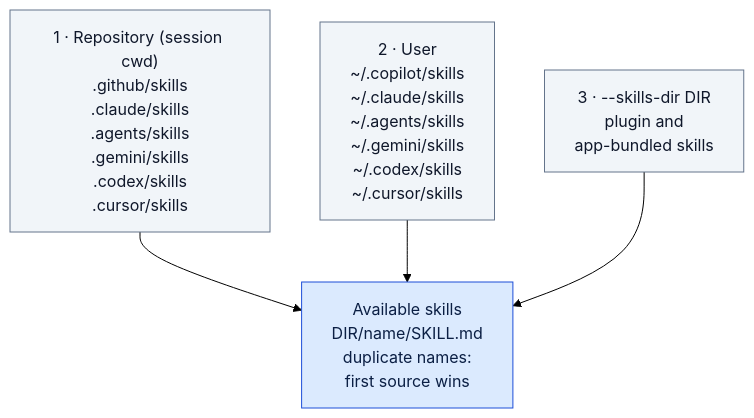
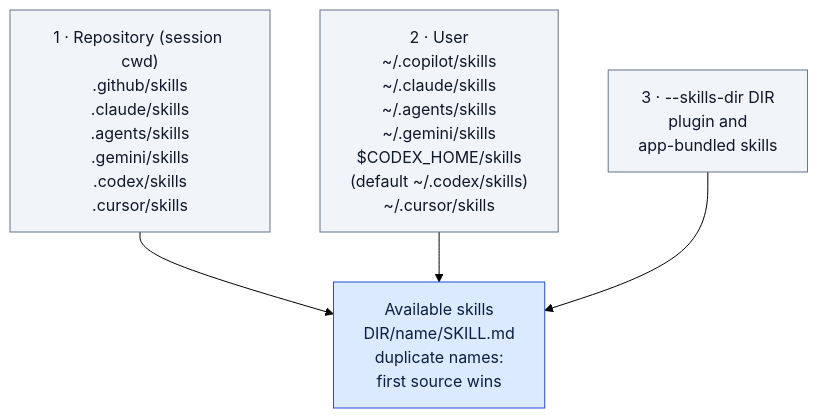
Before and after one commit to Siddhant-K-code/agent-trace: the second of 7 diagrams in docs/skills.md, drawn with Mermaid (forest theme). The commit also changed other lines of this file and 3 other files, not shown here.

First line of the commit message:
fix(skills): look for Codex user skills under CODEX_HOME (#289)

````diff
--- a/docs/skills.md
+++ b/docs/skills.md
@@ -29,9 +29,9 @@
 ```mermaid
 flowchart TB
     R["1 · Repository (session cwd)<br/>.github/skills<br/>.claude/skills<br/>.agents/skills<br/>.gemini/skills<br/>.codex/skills<br/>.cursor/skills"]:::src
-    U["2 · User<br/>~/.copilot/skills<br/>~/.claude/skills<br/>~/.agents/skills<br/>~/.gemini/skills<br/>~/.codex/skills<br/>~/.cursor/skills"]:::src
+    U["2 · User<br/>~/.copilot/skills<br/>~/.claude/skills<br/>~/.agents/skills<br/>~/.gemini/skills<br/>$CODEX_HOME/skills<br/>(default ~/.codex/skills)<br/>~/.cursor/skills"]:::src
     X["3 · --skills-dir DIR<br/>plugin and<br/>app-bundled skills"]:::src
     R & U & X --> S["Available skills<br/>DIR/name/SKILL.md<br/>duplicate names:<br/>first source wins"]:::fact
     classDef src fill:#f1f5f9,stroke:#64748b,color:#0f172a
     classDef fact fill:#dbeafe,stroke:#1d4ed8,color:#0b1f44
 ```
````
